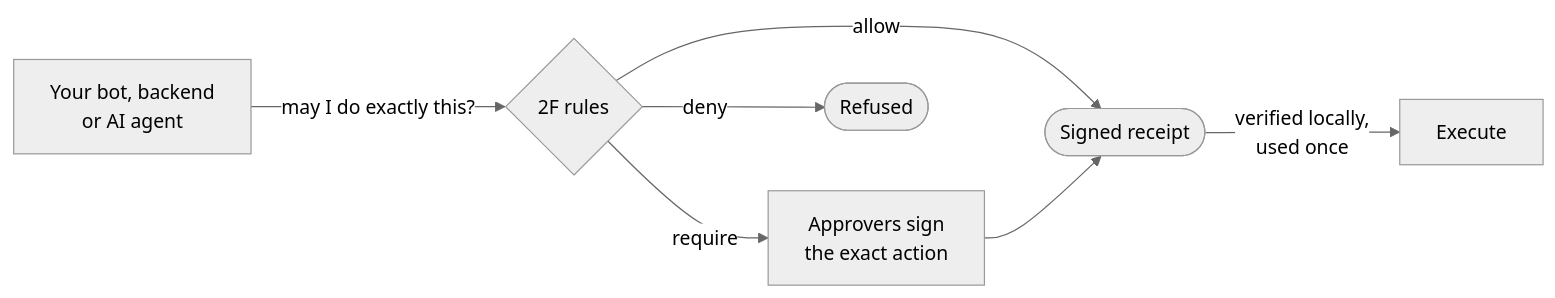
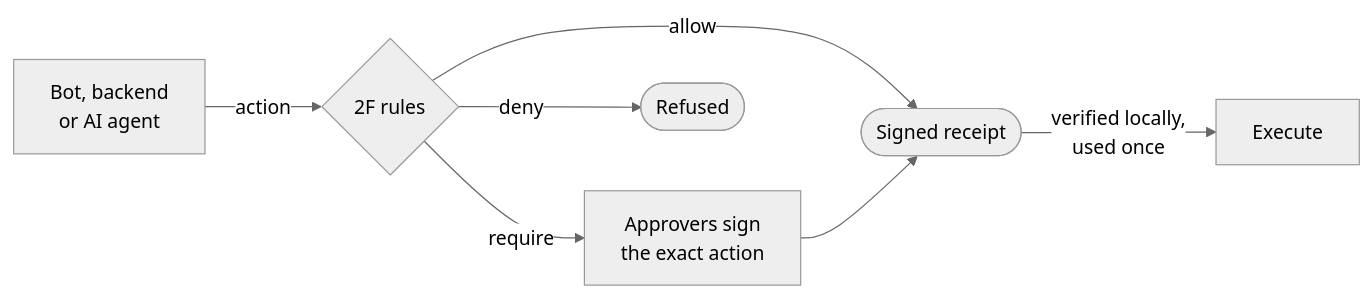
Before and after one commit to zanzarini/2f: the first of 2 diagrams in README.md, drawn with Mermaid (neutral theme). The commit also changed other lines of this file and 6 other files, not shown here.

````diff
--- a/README.md
+++ b/README.md
@@ -37,9 +34,9 @@
 ```mermaid
 flowchart LR
-    bot["Your bot, backend<br/>or AI agent"] -- "may I do exactly this?" --> twof{"2F rules"}
+    bot["Bot, backend<br/>or AI agent"] -- "action" --> twof{"2F rules"}
     twof -- "allow" --> receipt(["Signed receipt"])
     twof -- "require" --> people["Approvers sign<br/>the exact action"]
     people --> receipt
     twof -- "deny" --> stop(["Refused"])
     receipt -- "verified locally,<br/>used once" --> exec["Execute"]
 ```
````
